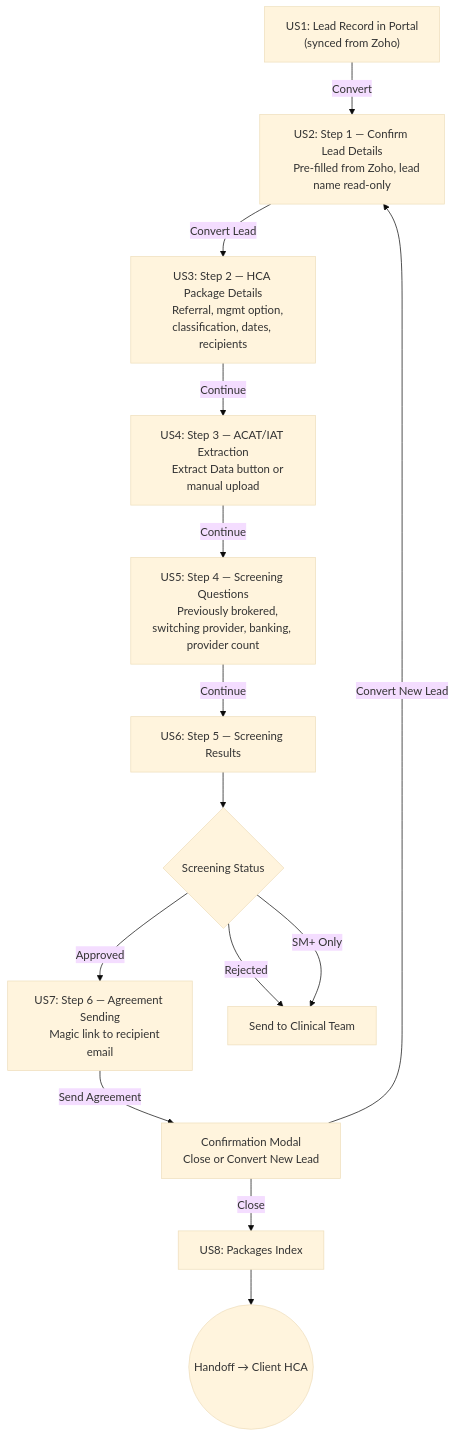
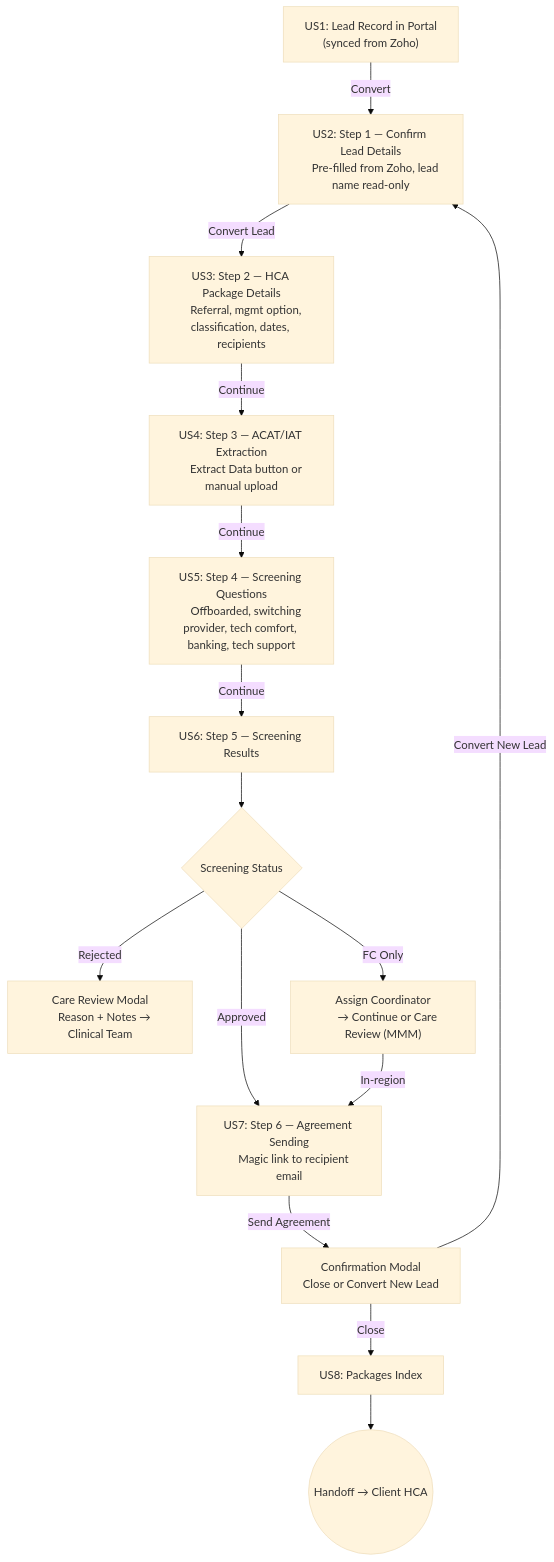
One commit to willwhitelaw94/SDD changed the fourth of 5 diagrams in content/initiatives/Consumer-Lifecycle/Lead-To-HCA/spec.md. Above: the diagram before and after it, drawn with Mermaid (base theme). The commit also changed other lines of this file and 1 other file, not shown here.

First line of the commit message:
docs: Clarify Care Plan creation ownership between LTH and Client HCA

````diff
--- a/content/initiatives/Consumer-Lifecycle/Lead-To-HCA/spec.md
+++ b/content/initiatives/Consumer-Lifecycle/Lead-To-HCA/spec.md
@@ -300,38 +345,41 @@
 ```mermaid
 flowchart TD
     Lead["US1: Lead Record in Portal
     (synced from Zoho)"]
     Lead -->|Convert| S1
 
     S1["US2: Step 1 — Confirm Lead Details
     Pre-filled from Zoho, lead name read-only"]
     S1 -->|"Convert Lead"| S2
 
     S2["US3: Step 2 — HCA Package Details
     Referral, mgmt option, classification, dates, recipients"]
     S2 -->|"Continue"| S3
 
     S3["US4: Step 3 — ACAT/IAT Extraction
     Extract Data button or manual upload"]
     S3 -->|"Continue"| S4
 
     S4["US5: Step 4 — Screening Questions
-    Previously brokered, switching provider, banking, provider count"]
+    Offboarded, switching provider, tech comfort, banking, tech support"]
     S4 -->|"Continue"| S5
 
     S5["US6: Step 5 — Screening Results"]
     S5 --> Status{Screening Status}
 
     Status -->|Approved| S6["US7: Step 6 — Agreement Sending
     Magic link to recipient email"]
-    Status -->|Rejected| Clinical["Send to Clinical Team"]
-    Status -->|SM+ Only| Clinical
+    Status -->|Rejected| CareReview["Care Review Modal
+    Reason + Notes → Clinical Team"]
+    Status -->|FC Only| FCOnly["Assign Coordinator
+    → Continue or Care Review (MMM)"]
+    FCOnly -->|In-region| S6
 
     S6 -->|"Send Agreement"| Confirm["Confirmation Modal
     Close or Convert New Lead"]
 
     Confirm -->|Close| Idx["US8: Packages Index"]
     Confirm -->|Convert New Lead| S1
 
     Idx --> HCA((Handoff → Client HCA))
 ```
````
